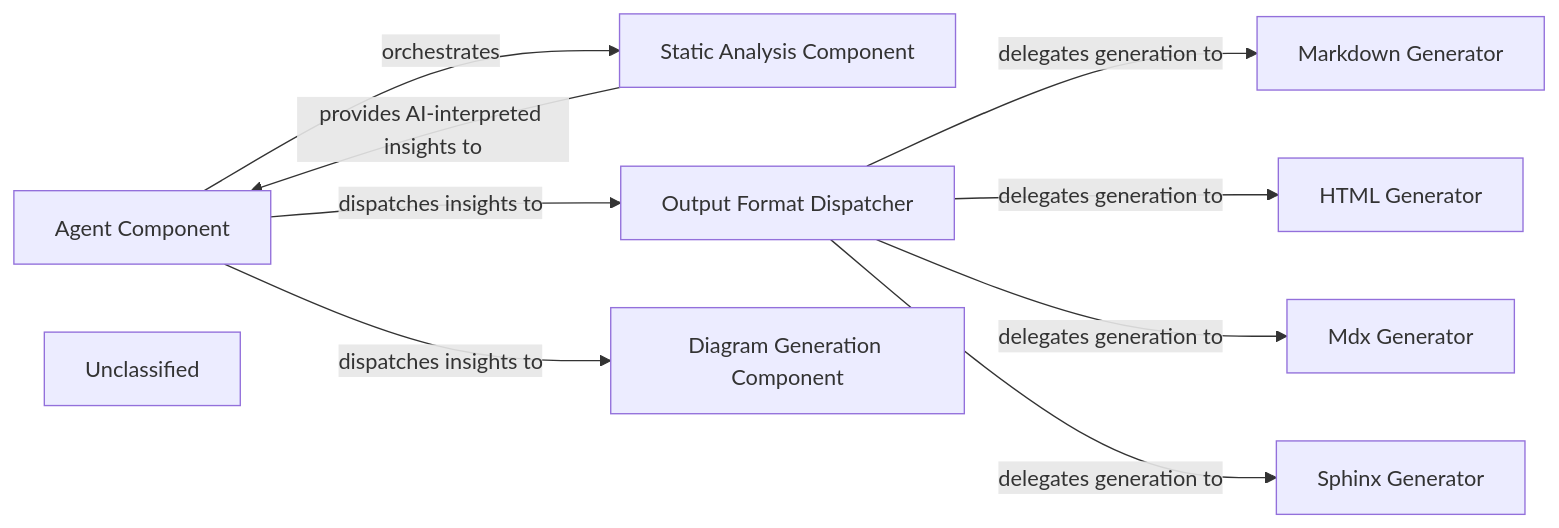
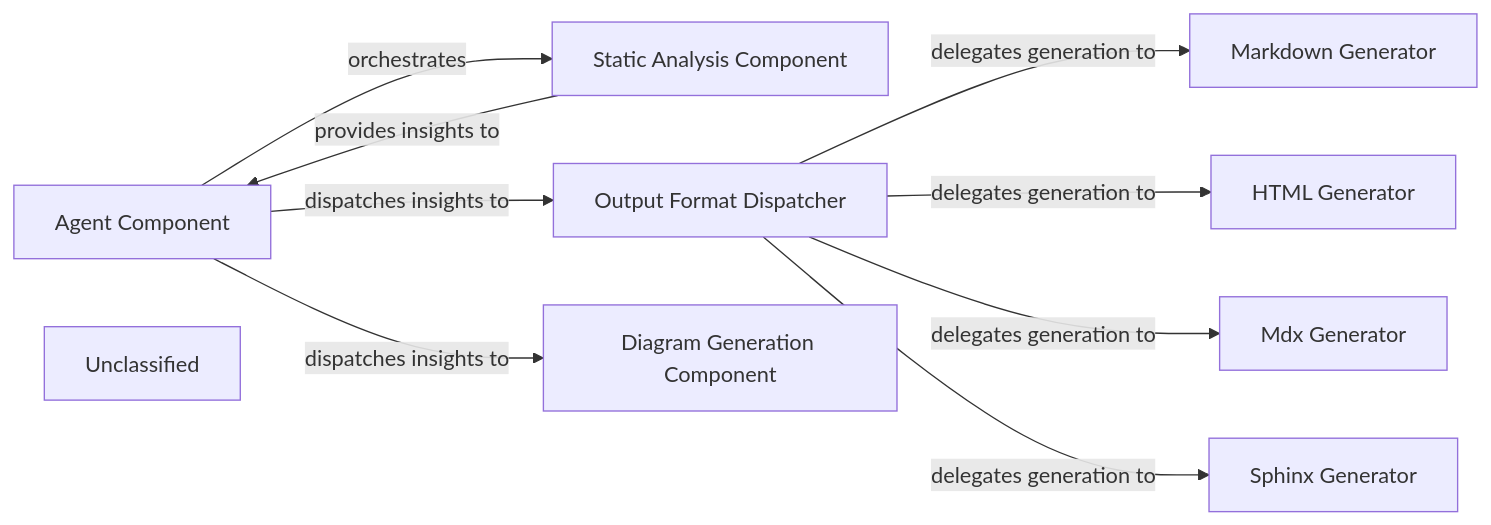
One commit to CodeBoarding/CodeBoarding changed the diagram in .codeboarding/Output_Generation_Engine.md. Above: the diagram before and after it, drawn with Mermaid. The commit also changed other lines of this file and 14 other files, not shown here.

First line of the commit message:
docs: update codeboarding documentation and generate architecture

````diff
--- a/.codeboarding/Output_Generation_Engine.md
+++ b/.codeboarding/Output_Generation_Engine.md
@@ -1,20 +1,20 @@
 ```mermaid
 graph LR
     Agent_Component["Agent Component"]
     Static_Analysis_Component["Static Analysis Component"]
     Output_Format_Dispatcher["Output Format Dispatcher"]
     Markdown_Generator["Markdown Generator"]
     HTML_Generator["HTML Generator"]
     Mdx_Generator["Mdx Generator"]
     Sphinx_Generator["Sphinx Generator"]
     Diagram_Generation_Component["Diagram Generation Component"]
     Unclassified["Unclassified"]
     Agent_Component -- "orchestrates" --> Static_Analysis_Component
+    Static_Analysis_Component -- "provides insights to" --> Agent_Component
     Agent_Component -- "dispatches insights to" --> Output_Format_Dispatcher
     Agent_Component -- "dispatches insights to" --> Diagram_Generation_Component
-    Static_Analysis_Component -- "provides AI-interpreted insights to" --> Agent_Component
     Output_Format_Dispatcher -- "delegates generation to" --> Markdown_Generator
     Output_Format_Dispatcher -- "delegates generation to" --> HTML_Generator
     Output_Format_Dispatcher -- "delegates generation to" --> Mdx_Generator
     Output_Format_Dispatcher -- "delegates generation to" --> Sphinx_Generator
 ```
````
